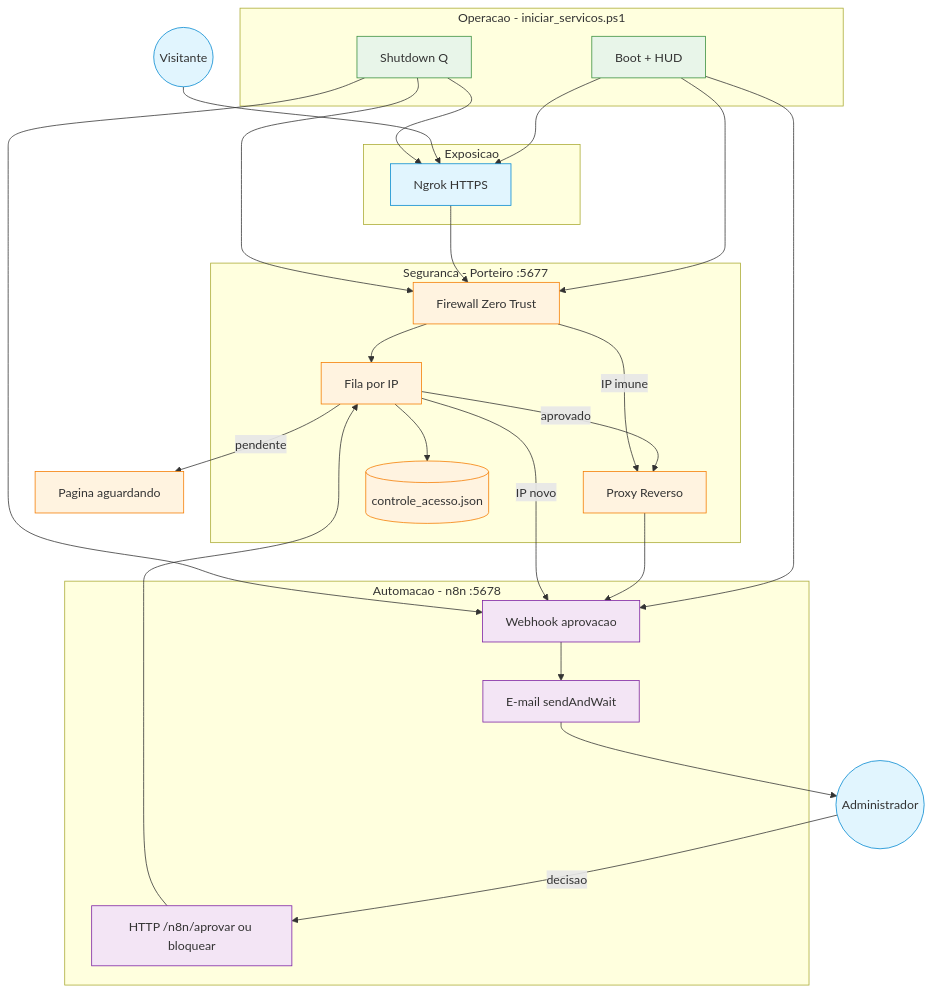
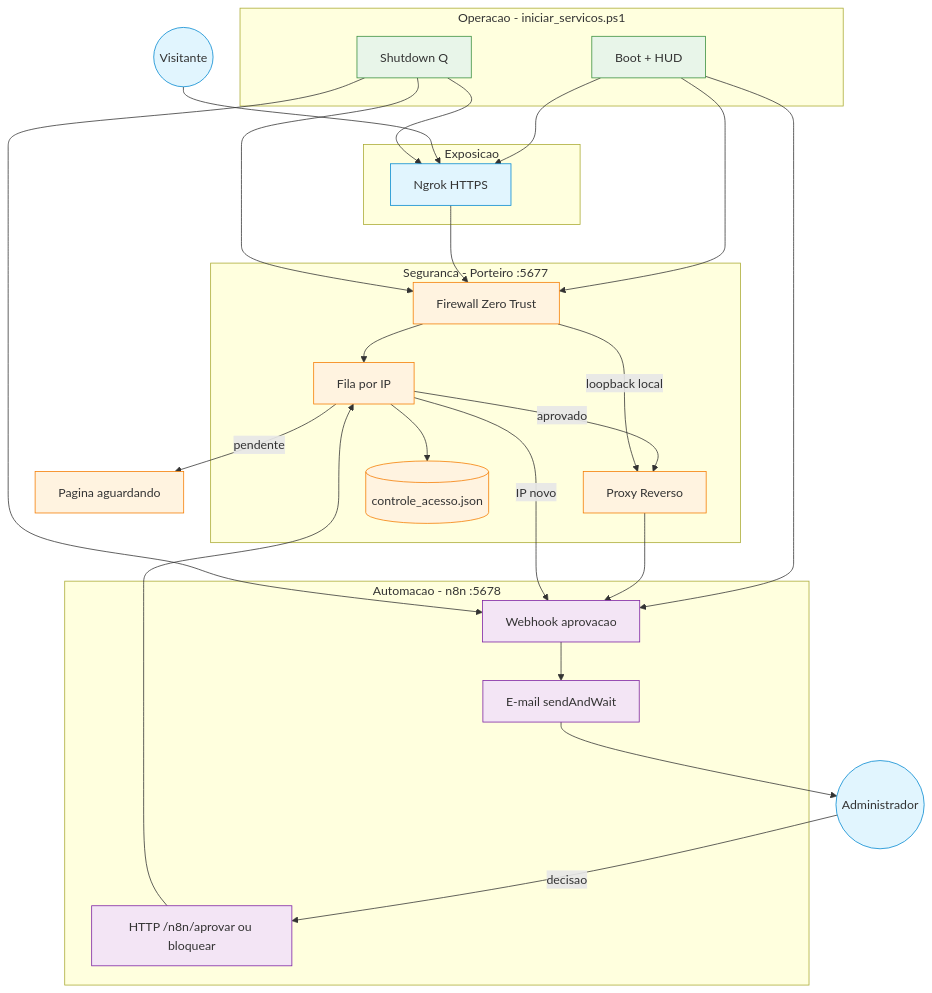
Before and after one commit to Zidszs/Zidsz-Board-POC: diagram 12 of 13 in DOCUMENTACAO.md, drawn with Mermaid. The commit also changed other lines of this file and 180 other files, not shown here.

````diff
--- a/DOCUMENTACAO.md
+++ b/DOCUMENTACAO.md
@@ -592,59 +632,59 @@
 ```mermaid
 flowchart TB
     classDef ext fill:#e1f5fe,stroke:#0288d1
     classDef sec fill:#fff3e0,stroke:#f57c00
     classDef auto fill:#f3e5f5,stroke:#7b1fa2
     classDef ops fill:#e8f5e9,stroke:#388e3c
 
     V((Visitante))
     ADM((Administrador))
 
     subgraph OPS["Operacao - iniciar_servicos.ps1"]
         BOOT[Boot + HUD]
         SHUTDOWN[Shutdown Q]
     end
 
     subgraph EXP["Exposicao"]
         NG[Ngrok HTTPS]
     end
 
     subgraph SEC["Seguranca - Porteiro :5677"]
         FW[Firewall Zero Trust]
         FILA[Fila por IP]
         PROXY[Proxy Reverso]
         DB[(controle_acesso.json)]
     end
 
     subgraph AUTO["Automacao - n8n :5678"]
         WH[Webhook aprovacao]
         EMAIL[E-mail sendAndWait]
         CMD["HTTP /n8n/aprovar ou bloquear"]
     end
 
     BOOT --> NG
     BOOT --> FW
     BOOT --> WH
 
     V --> NG --> FW
     FW --> FILA
     FILA -->|pendente| WAIT[Pagina aguardando]
     FILA -->|aprovado| PROXY
     FILA --> DB
-    FW -->|IP imune| PROXY
+    FW -->|loopback local| PROXY
     PROXY --> WH
 
     FILA -->|IP novo| WH
     WH --> EMAIL
     EMAIL --> ADM
     ADM -->|decisao| CMD
     CMD --> FILA
 
     SHUTDOWN --> FW
     SHUTDOWN --> NG
     SHUTDOWN --> WH
 
     class V,ADM,NG ext
     class FW,FILA,PROXY,DB,WAIT sec
     class WH,EMAIL,CMD auto
     class BOOT,SHUTDOWN ops
 ```
````
